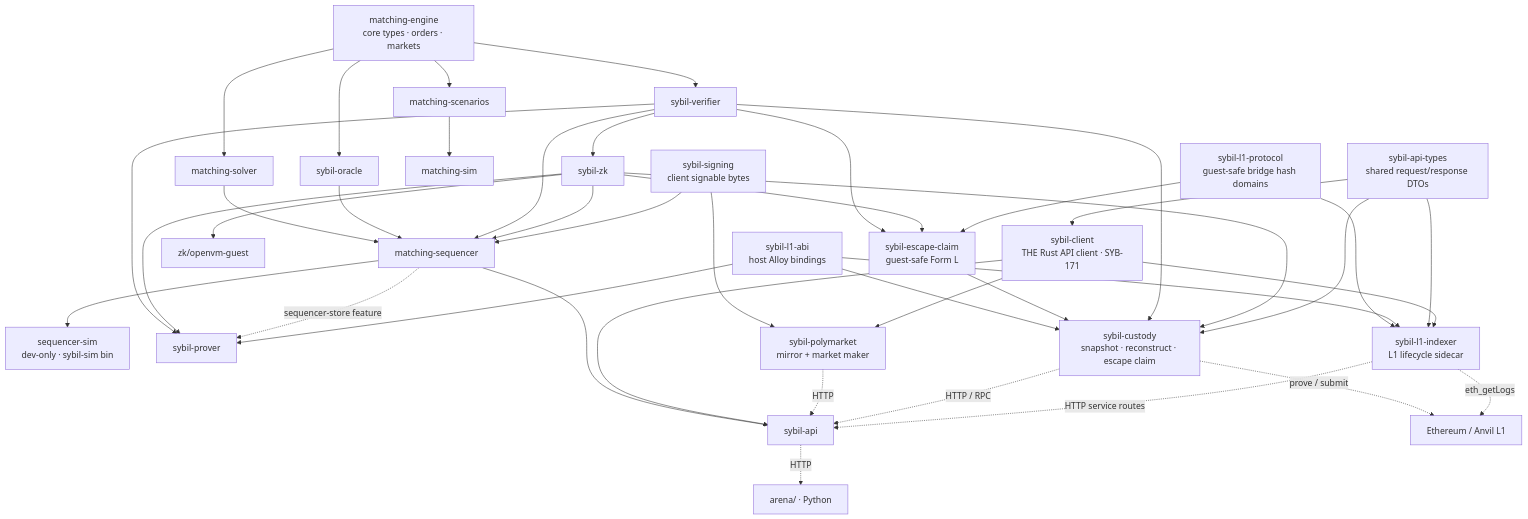
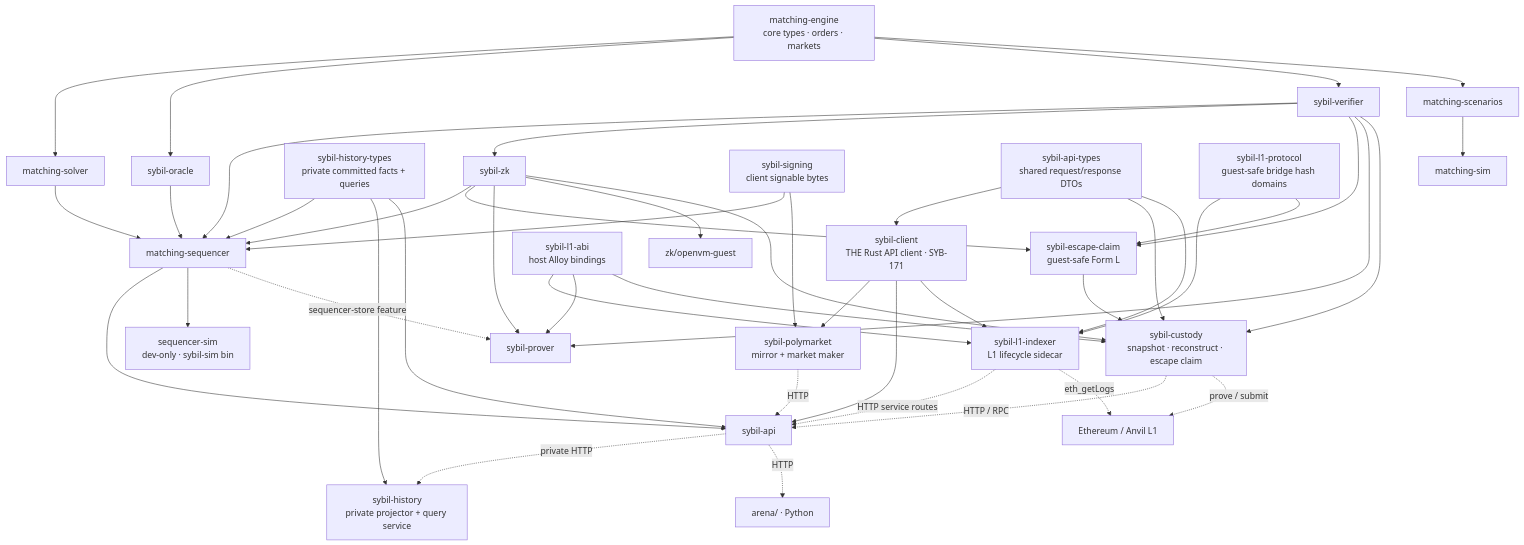
The diagram in docs/architecture/Crate Dependency Map.md (MetaB0y/sybil), drawn with Mermaid before and after one commit. The commit also changed other lines of this file and 78 other files, not shown here.

````diff
--- a/docs/architecture/Crate Dependency Map.md
+++ b/docs/architecture/Crate Dependency Map.md
@@ -40,49 +58,53 @@
 ```mermaid
 graph TB
     ENGINE["matching-engine<br/>core types · orders · markets"]
 
     ENGINE --> SOLVER["matching-solver"]
     ENGINE --> ORACLE["sybil-oracle"]
     ENGINE --> VERIFIER["sybil-verifier"]
     ENGINE --> SCENARIOS["matching-scenarios"]
 
     SOLVER --> SEQ["matching-sequencer"]
     ORACLE --> SEQ
     VERIFIER --> SEQ
     ZK --> SEQ
 
     SEQ --> API["sybil-api"]
+    HISTTYPES["sybil-history-types<br/>private committed facts + queries"] --> SEQ
+    HISTTYPES --> HIST["sybil-history<br/>private projector + query service"]
+    HISTTYPES --> API
+    API -.->|"private HTTP"| HIST
     SEQ --> SEQSIM["sequencer-sim<br/>dev-only · sybil-sim bin"]
     API -.->|"HTTP"| ARENA["arena/ · Python"]
 
     SCENARIOS --> SIM["matching-sim"]
     VERIFIER --> ZK["sybil-zk"]
     VERIFIER --> ESCAPEGUEST["sybil-escape-claim<br/>guest-safe Form L"]
     ZK --> ESCAPEGUEST
     VERIFIER --> PROVER["sybil-prover"]
     ZK --> PROVER
     SEQ -.->|"sequencer-store feature"| PROVER
     ZK --> OPENVM["zk/openvm-guest"]
 
     SIGNING["sybil-signing<br/>client signable bytes"] --> SEQ
     SIGNING --> POLY
     TYPES["sybil-api-types<br/>shared request/response DTOs"] --> CLIENT["sybil-client<br/>THE Rust API client · SYB-171"]
     CLIENT --> POLY["sybil-polymarket<br/>mirror + market maker"]
     CLIENT --> API
     POLY -.->|"HTTP"| API
     L1PROTO["sybil-l1-protocol<br/>guest-safe bridge hash domains"] --> L1INDEXER["sybil-l1-indexer<br/>L1 lifecycle sidecar"]
     L1ABI["sybil-l1-abi<br/>host Alloy bindings"] --> L1INDEXER
     L1ABI --> PROVER
     L1ABI --> CUSTODY
     L1PROTO --> ESCAPEGUEST
     ESCAPEGUEST --> CUSTODY["sybil-custody<br/>snapshot · reconstruct · escape claim"]
     VERIFIER --> CUSTODY
     ZK --> CUSTODY
     TYPES --> CUSTODY
     CUSTODY -.->|"HTTP / RPC"| API
     CUSTODY -.->|"prove / submit"| L1
     TYPES --> L1INDEXER
     CLIENT --> L1INDEXER
     L1INDEXER -.->|"HTTP service routes"| API
     L1INDEXER -.->|"eth_getLogs"| L1["Ethereum / Anvil L1"]
 ```
````
